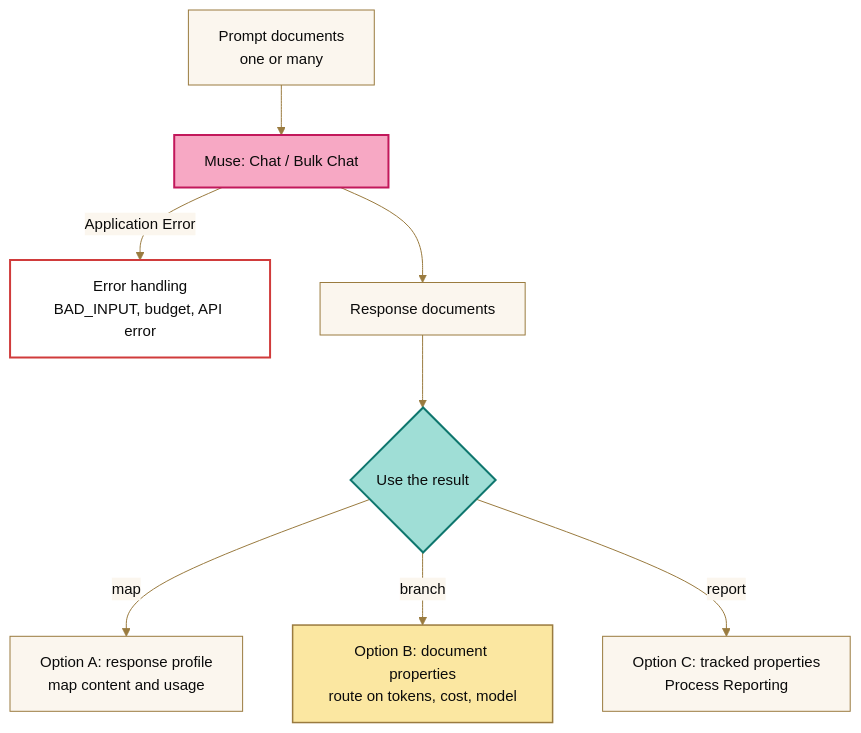
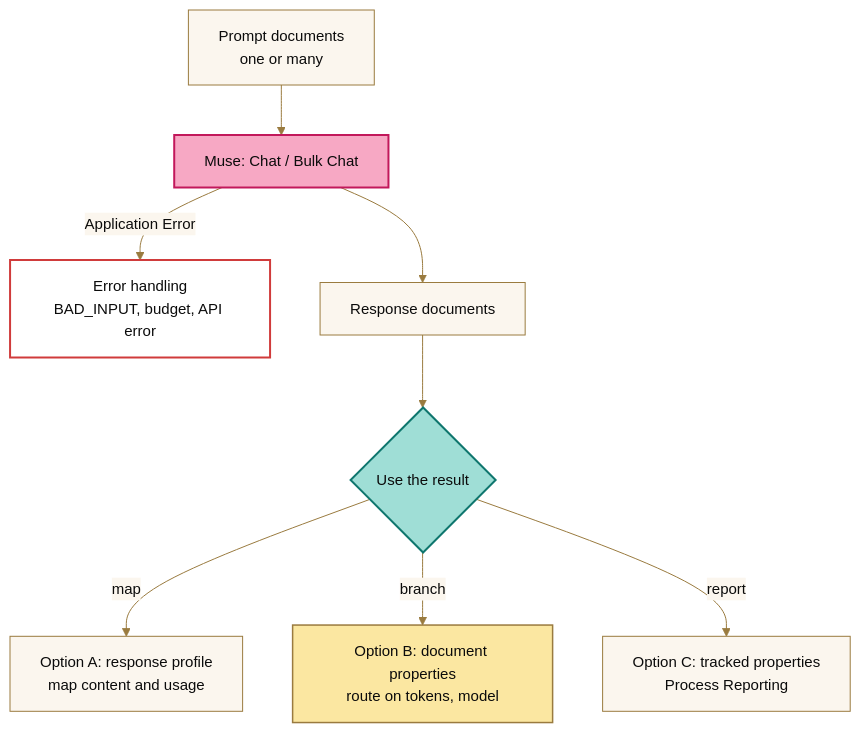
One commit to brianbrinley/BoomiCustomConnectors changed the second of 2 diagrams in muse-connector/README.md. Above: the diagram before and after it, drawn with Mermaid. The commit also changed other lines of this file and 12 other files, not shown here.

````diff
--- a/muse-connector/README.md
+++ b/muse-connector/README.md
@@ -184,20 +182,20 @@
 ```mermaid
 %%{init: {"theme": "base", "fontFamily": "Josefin Sans, trebuchet ms, verdana, arial, sans-serif", "themeVariables": {"fontSize": "15px", "background": "#FBF6EE", "primaryColor": "#FBF6EE", "primaryTextColor": "#0B0B0B", "primaryBorderColor": "#9A7B3F", "lineColor": "#9A7B3F", "textColor": "#0B0B0B", "secondaryColor": "#9FDED6", "tertiaryColor": "#FBE7A1", "edgeLabelBackground": "#FBF6EE", "clusterBkg": "#FBF6EE", "clusterBorder": "#9A7B3F", "actorBkg": "#F7A8C4", "actorBorder": "#C2185B", "actorTextColor": "#0B0B0B", "actorLineColor": "#9A7B3F", "signalColor": "#0B0B0B", "signalTextColor": "#0B0B0B", "labelBoxBkgColor": "#FBE7A1", "labelBoxBorderColor": "#9A7B3F", "labelTextColor": "#0B0B0B", "loopTextColor": "#0B0B0B", "noteBkgColor": "#FBE7A1", "noteBorderColor": "#9A7B3F", "noteTextColor": "#0B0B0B", "activationBkgColor": "#9FDED6", "activationBorderColor": "#0F766E", "sequenceNumberColor": "#FBF6EE"}}}%%
 flowchart TD
     IN["Prompt documents<br/>one or many"] --> MC["Muse: Chat / Bulk Chat"]
     MC -->|Application Error| ERR["Error handling<br/>BAD_INPUT, budget, API error"]
     MC --> OK["Response documents"]
     OK --> USE{"Use the result"}
     USE -->|map| A["Option A: response profile<br/>map content and usage"]
-    USE -->|branch| B["Option B: document properties<br/>route on tokens, cost, model"]
+    USE -->|branch| B["Option B: document properties<br/>route on tokens, model"]
     USE -->|report| C["Option C: tracked properties<br/>Process Reporting"]
     class MC focus
     class USE decision
     class B highlight
     class ERR error
     classDef focus fill:#F7A8C4,stroke:#C2185B,stroke-width:2px,color:#0B0B0B
     classDef decision fill:#9FDED6,stroke:#0F766E,stroke-width:2px,color:#0B0B0B
     classDef highlight fill:#FBE7A1,stroke:#9A7B3F,stroke-width:1.5px,color:#0B0B0B
     classDef external fill:#FFFFFF,stroke:#0F766E,stroke-width:1.5px,stroke-dasharray:5 3,color:#0B0B0B
     classDef error fill:#FFFFFF,stroke:#D03B3B,stroke-width:2px,color:#0B0B0B
 ```
````
